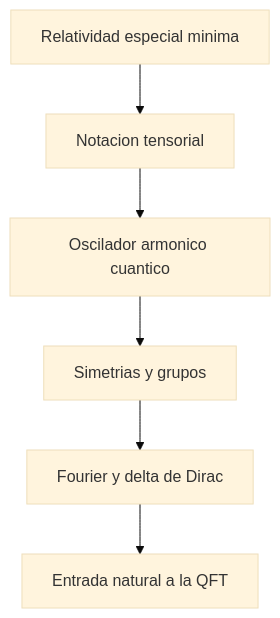
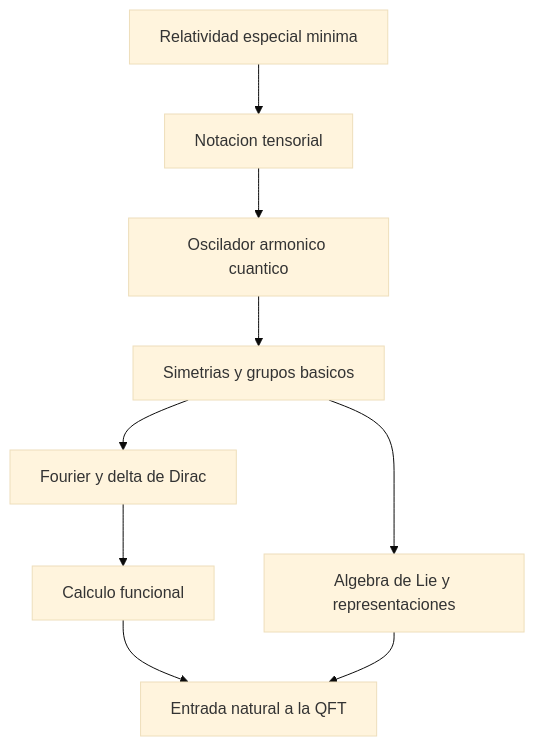
One commit to LegalIntermediaSL/QFT changed the diagram in Tutorial/00_prerrequisitos/README.md. Above: the diagram before and after it, drawn with Mermaid (base theme). The commit also changed other lines of this file and 26 other files, not shown here.

````diff
--- a/Tutorial/00_prerrequisitos/README.md
+++ b/Tutorial/00_prerrequisitos/README.md
@@ -43,8 +47,11 @@
 ```mermaid
 flowchart TD
     A["Relatividad especial minima"] --> B["Notacion tensorial"]
     B --> C["Oscilador armonico cuantico"]
-    C --> D["Simetrias y grupos"]
+    C --> D["Simetrias y grupos basicos"]
     D --> E["Fourier y delta de Dirac"]
-    E --> F["Entrada natural a la QFT"]
+    E --> G["Calculo funcional"]
+    D --> H["Algebra de Lie y representaciones"]
+    G --> F["Entrada natural a la QFT"]
+    H --> F
 ```
````
